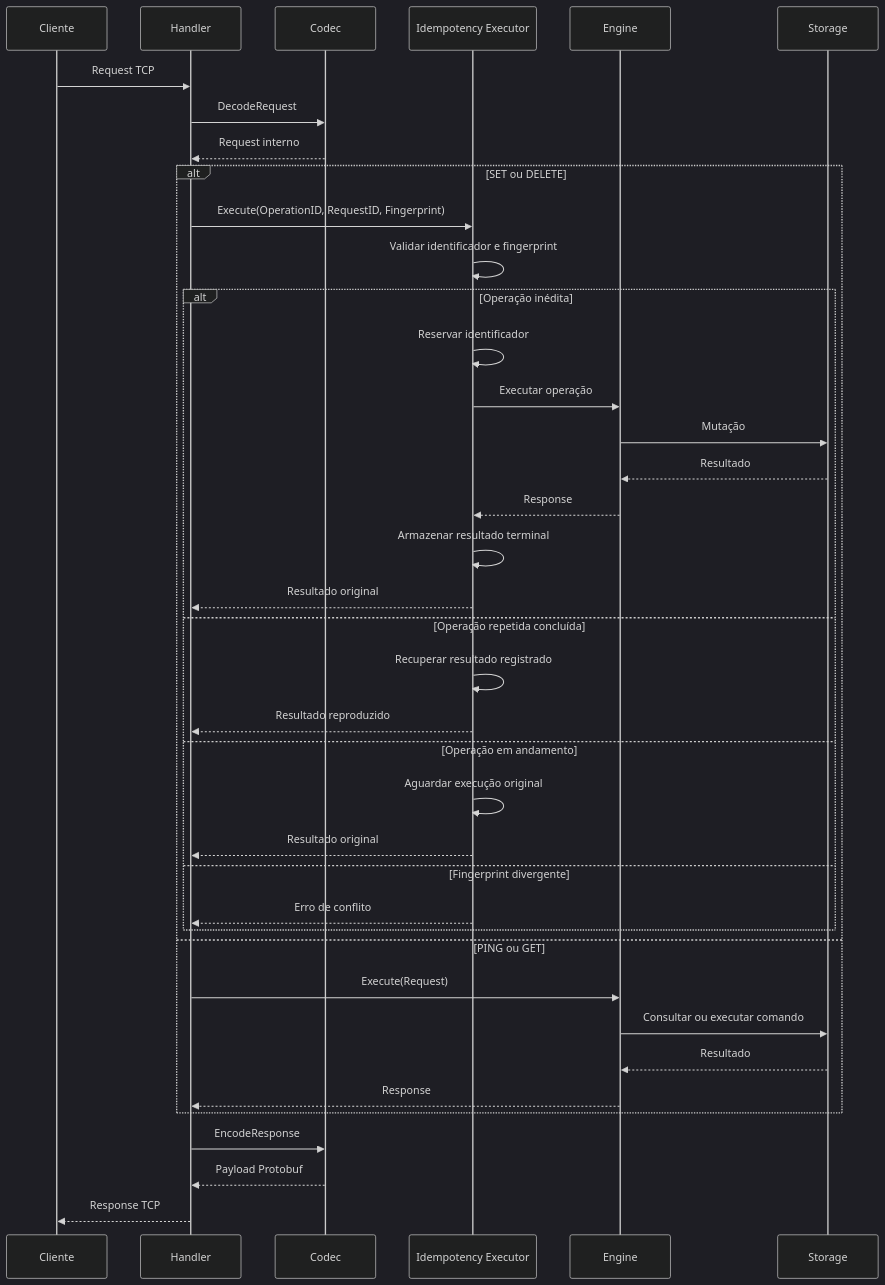
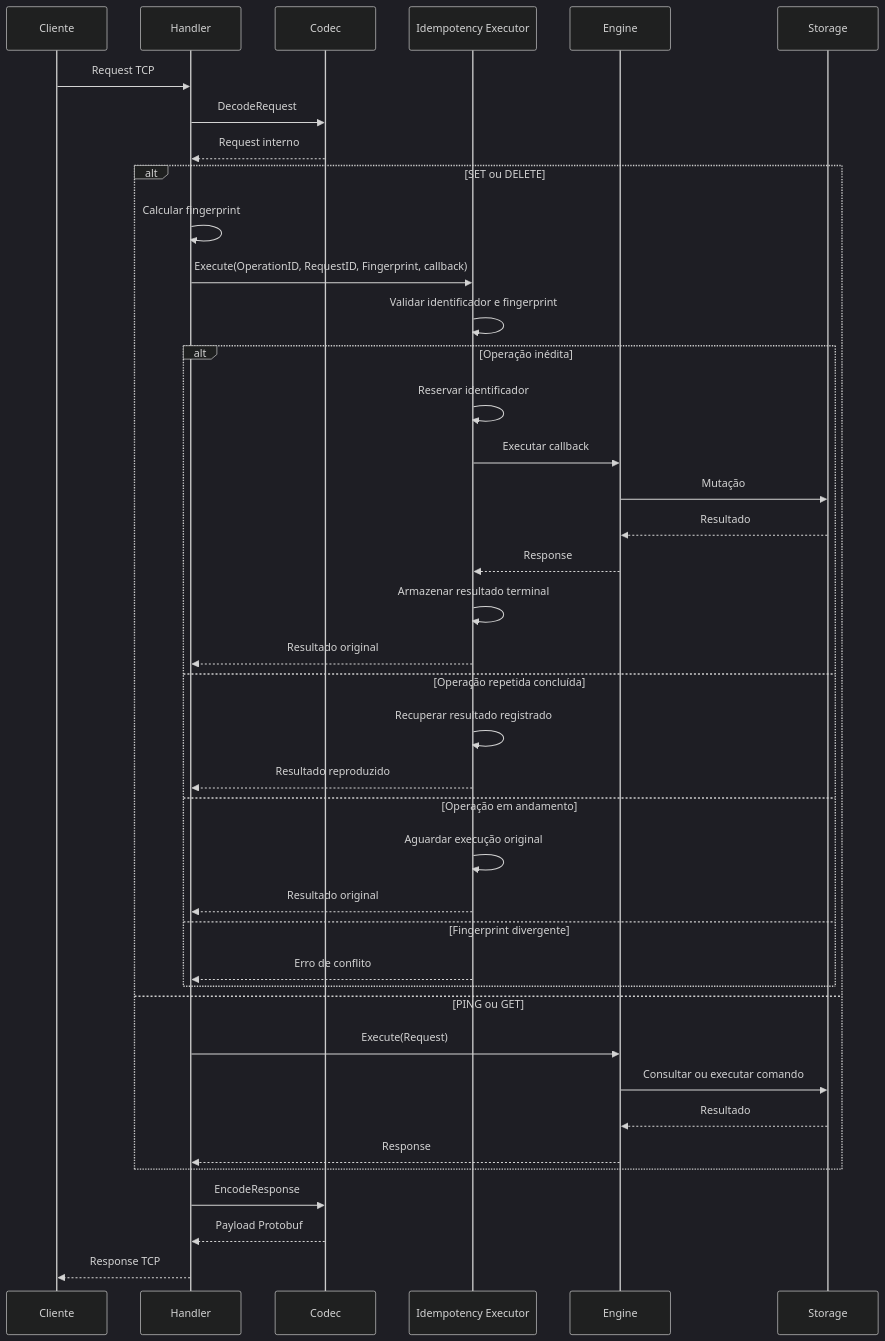
One commit to pescador95/memorydb changed the third of 3 diagrams in docs/tecnica/ARQUITETURA.md. Above: the diagram before and after it, drawn with Mermaid (dark theme). The commit also changed other lines of this file and 19 other files, not shown here.

````diff
--- a/docs/tecnica/ARQUITETURA.md
+++ b/docs/tecnica/ARQUITETURA.md
@@ -243,45 +267,46 @@
 ```mermaid
 sequenceDiagram
     participant C as Cliente
     participant H as Handler
     participant P as Codec
     participant I as Idempotency Executor
     participant E as Engine
     participant St as Storage
 
     C->>H: Request TCP
     H->>P: DecodeRequest
     P-->>H: Request interno
 
     alt SET ou DELETE
-        H->>I: Execute(OperationID, RequestID, Fingerprint)
+        H->>H: Calcular fingerprint
+        H->>I: Execute(OperationID, RequestID, Fingerprint, callback)
         I->>I: Validar identificador e fingerprint
 
         alt Operação inédita
             I->>I: Reservar identificador
-            I->>E: Executar operação
+            I->>E: Executar callback
             E->>St: Mutação
             St-->>E: Resultado
             E-->>I: Response
             I->>I: Armazenar resultado terminal
             I-->>H: Resultado original
         else Operação repetida concluída
             I->>I: Recuperar resultado registrado
             I-->>H: Resultado reproduzido
         else Operação em andamento
             I->>I: Aguardar execução original
             I-->>H: Resultado original
         else Fingerprint divergente
             I-->>H: Erro de conflito
         end
     else PING ou GET
         H->>E: Execute(Request)
         E->>St: Consultar ou executar comando
         St-->>E: Resultado
         E-->>H: Response
     end
 
     H->>P: EncodeResponse
     P-->>H: Payload Protobuf
     H-->>C: Response TCP
 ```
````
